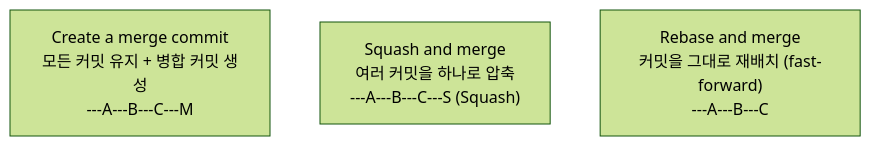
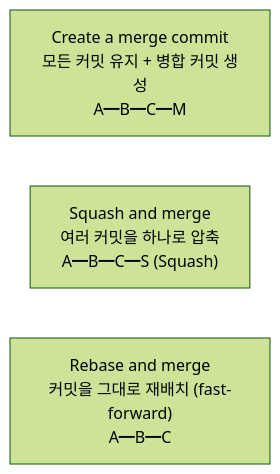
The third of 3 diagrams in 06_GitHub/02_Pull_Request.md (jingu279/Document), drawn with Mermaid (forest theme) before and after one commit. The commit also changed other lines of this file and 16 other files, not shown here.

Commit message:
Fix all Mermaid rendering issues (subgraph-to-subgraph, unconnected nodes, reserved names, dashes)

````diff
--- a/06_GitHub/02_Pull_Request.md
+++ b/06_GitHub/02_Pull_Request.md
@@ -134,6 +134,6 @@
 ```mermaid
-flowchart TB
-  Merge["Create a merge commit<br/>모든 커밋 유지 + 병합 커밋 생성<br/>---A---B---C---M"]
-  Squash["Squash and merge<br/>여러 커밋을 하나로 압축<br/>---A---B---C---S (Squash)"]
-  Rebase["Rebase and merge<br/>커밋을 그대로 재배치 (fast-forward)<br/>---A---B---C"]
+flowchart LR
+  Merge["Create a merge commit<br/>모든 커밋 유지 + 병합 커밋 생성<br/>A━B━C━M"]
+  Squash["Squash and merge<br/>여러 커밋을 하나로 압축<br/>A━B━C━S (Squash)"]
+  Rebase["Rebase and merge<br/>커밋을 그대로 재배치 (fast-forward)<br/>A━B━C"]
 ```
````
